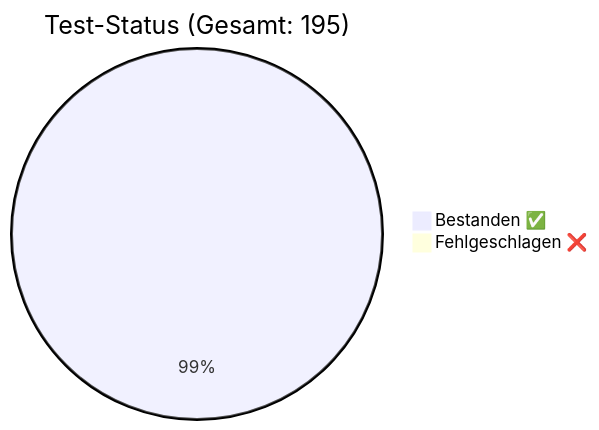
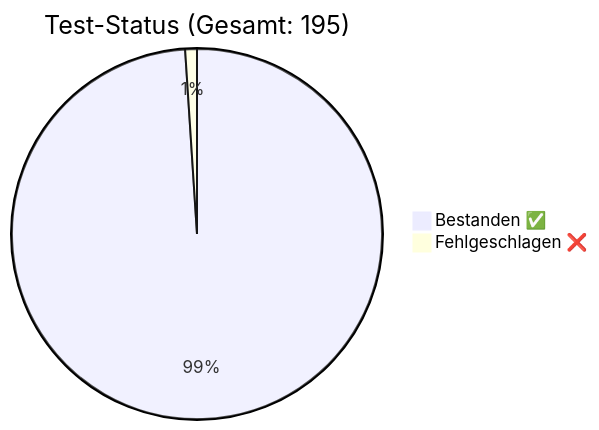
One commit to rorila/GCS changed the diagram in docs/QA_Report.md. Above: the diagram before and after it, drawn with Mermaid. The commit also changed other lines of this file and 8 other files, not shown here.

````diff
--- a/docs/QA_Report.md
+++ b/docs/QA_Report.md
@@ -7,5 +7,5 @@
 ```mermaid
 pie title Test-Status (Gesamt: 195)
-    "Bestanden ✅" : 194
-    "Fehlgeschlagen ❌" : 1
+    "Bestanden ✅" : 193
+    "Fehlgeschlagen ❌" : 2
 ```
````
